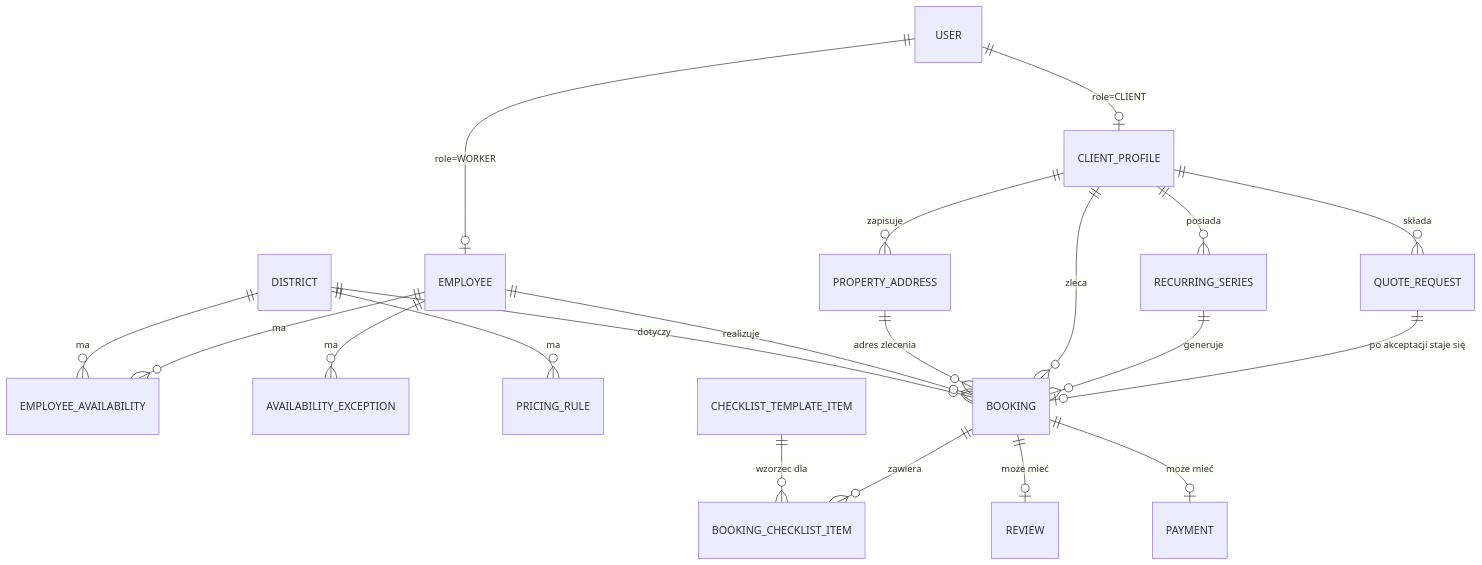
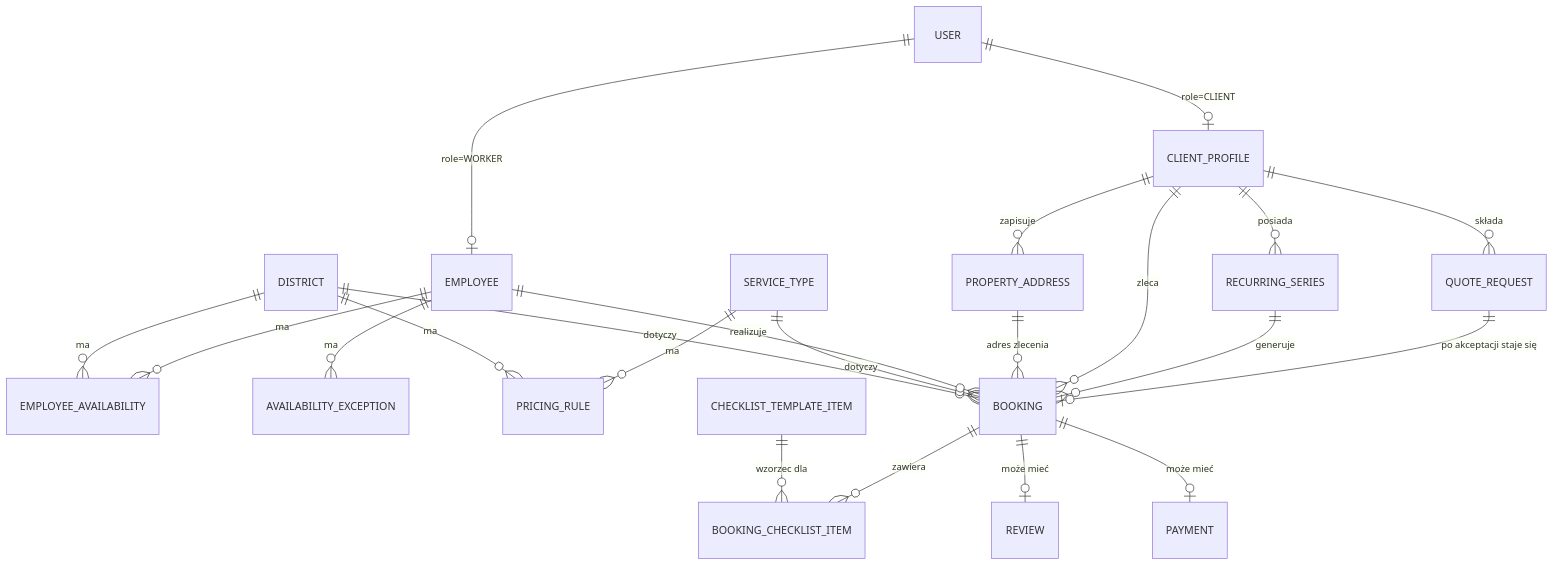
Before and after one commit to WojciechKolakowski/system_rezerwacji: the diagram in ARCHITEKTURA.md, drawn with Mermaid. The commit also changed other lines of this file, not shown here.

Commit message:
Refine data model: ServiceType as table, address-scoped district, guest quote requests, two-tier cancellation/refund policy

````diff
--- a/ARCHITEKTURA.md
+++ b/ARCHITEKTURA.md
@@ -32,22 +32,24 @@
 ```mermaid
 erDiagram
     USER ||--o| CLIENT_PROFILE : "role=CLIENT"
     USER ||--o| EMPLOYEE : "role=WORKER"
     CLIENT_PROFILE ||--o{ PROPERTY_ADDRESS : "zapisuje"
     DISTRICT ||--o{ EMPLOYEE_AVAILABILITY : "ma"
     EMPLOYEE ||--o{ EMPLOYEE_AVAILABILITY : "ma"
     EMPLOYEE ||--o{ AVAILABILITY_EXCEPTION : "ma"
     DISTRICT ||--o{ PRICING_RULE : "ma"
+    SERVICE_TYPE ||--o{ PRICING_RULE : "ma"
     DISTRICT ||--o{ BOOKING : "dotyczy"
+    SERVICE_TYPE ||--o{ BOOKING : "dotyczy"
     EMPLOYEE ||--o{ BOOKING : "realizuje"
     PROPERTY_ADDRESS ||--o{ BOOKING : "adres zlecenia"
     CLIENT_PROFILE ||--o{ BOOKING : "zleca"
     CLIENT_PROFILE ||--o{ RECURRING_SERIES : "posiada"
     RECURRING_SERIES ||--o{ BOOKING : "generuje"
     CHECKLIST_TEMPLATE_ITEM ||--o{ BOOKING_CHECKLIST_ITEM : "wzorzec dla"
     BOOKING ||--o{ BOOKING_CHECKLIST_ITEM : "zawiera"
     BOOKING ||--o| REVIEW : "może mieć"
     BOOKING ||--o| PAYMENT : "może mieć"
     QUOTE_REQUEST ||--o| BOOKING : "po akceptacji staje się"
     CLIENT_PROFILE ||--o{ QUOTE_REQUEST : "składa"
 ```
````
